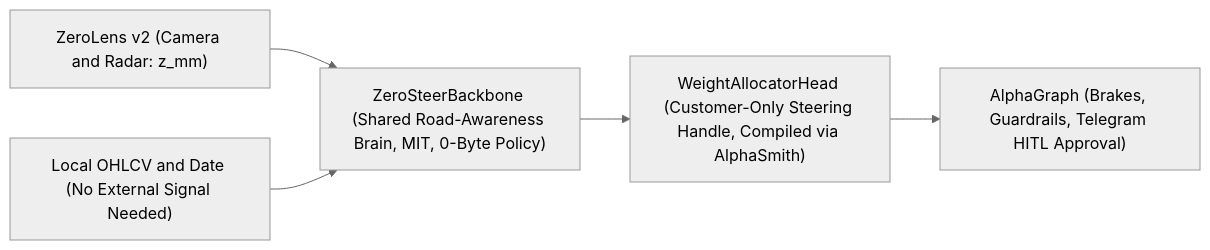
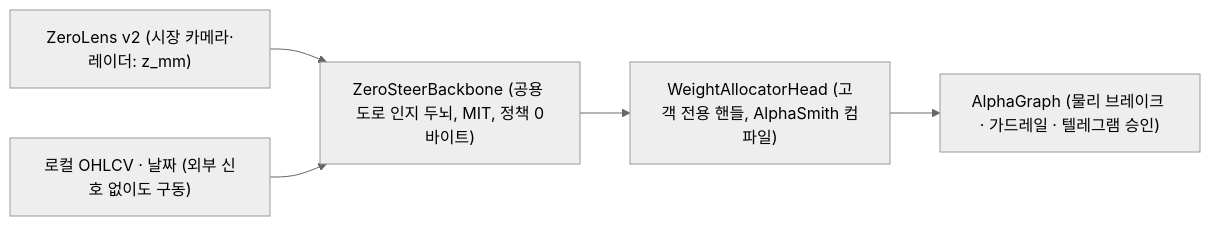
The first of 5 diagrams in openwiki/guides/intuitive-visual-guide.md (zerostreet/zerosteer), drawn with Mermaid (neutral theme) before and after one commit. The commit also changed other lines of this file and 16 other files, not shown here.

````diff
--- a/openwiki/guides/intuitive-visual-guide.md
+++ b/openwiki/guides/intuitive-visual-guide.md
@@ -46,7 +37,7 @@
 ```mermaid
 flowchart LR
-    ZL["ZeroLens v2 (Camera and Radar: z_mm)"] --> BRAIN["ZeroSteerBackbone (Shared Road-Awareness Brain, MIT, 0-Byte Policy)"]
-    OHLCV["Local OHLCV and Date (No External Signal Needed)"] --> BRAIN
-    BRAIN --> HEAD["WeightAllocatorHead (Customer-Only Steering Handle, Compiled via AlphaSmith)"]
-    HEAD --> BRAKE["AlphaGraph (Brakes, Guardrails, Telegram HITL Approval)"]
+    ZL["ZeroLens v2 (시장 카메라·레이더: z_mm)"] --> BRAIN["ZeroSteerBackbone (공용 도로 인지 두뇌, MIT, 정책 0바이트)"]
+    OHLCV["로컬 OHLCV · 날짜 (외부 신호 없이도 구동)"] --> BRAIN
+    BRAIN --> HEAD["WeightAllocatorHead (고객 전용 핸들, AlphaSmith 컴파일)"]
+    HEAD --> BRAKE["AlphaGraph (물리 브레이크 · 가드레일 · 텔레그램 승인)"]
 ```
````
